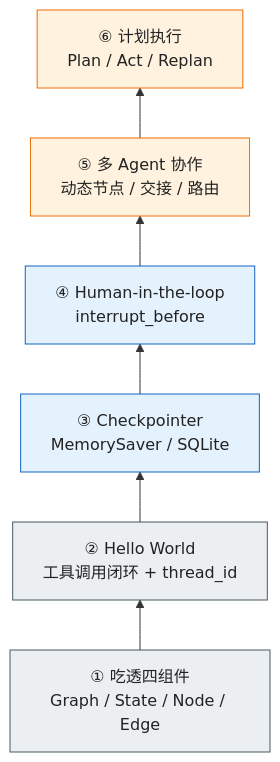
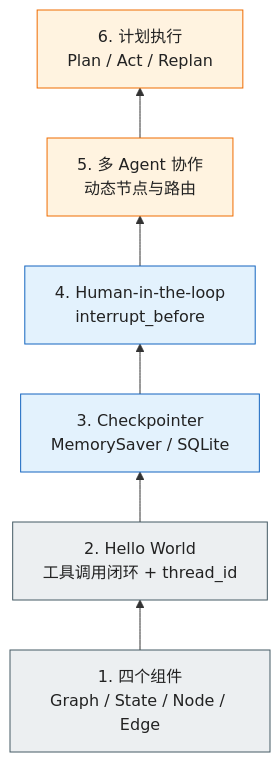
Before and after one commit to KwanWaiPang/KwanWaiPang.github.io: the seventh of 7 diagrams in _posts/2026-07-15-langgraph.md, drawn with Mermaid. The commit also changed other lines of this file, not shown here.

First line of the commit message:
修复 LangGraph 博文图1渲染，并收敛表述与课程覆盖

```diff
--- a/_posts/2026-07-15-langgraph.md
+++ b/_posts/2026-07-15-langgraph.md
@@ -447,16 +470,16 @@
 <div class="mermaid" style="display: flex; justify-content: center; width: 100%; margin: 0 auto;">
 flowchart BT
-    classDef base fill:#ECEFF1,stroke:#455A64,color:#222
-    classDef mid fill:#E3F2FD,stroke:#1565C0,color:#222
-    classDef adv fill:#FFF3E0,stroke:#EF6C00,color:#222
+    classDef baseCls fill:#ECEFF1,stroke:#455A64,color:#222
+    classDef midCls fill:#E3F2FD,stroke:#1565C0,color:#222
+    classDef advCls fill:#FFF3E0,stroke:#EF6C00,color:#222
 
-    P1["① 吃透四组件<br/>Graph / State / Node / Edge"] --> P2["② Hello World<br/>工具调用闭环 + thread_id"]
-    P2 --> P3["③ Checkpointer<br/>MemorySaver / SQLite"]
-    P3 --> P4["④ Human-in-the-loop<br/>interrupt_before"]
-    P4 --> P5["⑤ 多 Agent 协作<br/>动态节点 / 交接 / 路由"]
-    P5 --> P6["⑥ 计划执行<br/>Plan / Act / Replan"]
+    P1["1. 四个组件<br/>Graph / State / Node / Edge"] --> P2["2. Hello World<br/>工具调用闭环 + thread_id"]
+    P2 --> P3["3. Checkpointer<br/>MemorySaver / SQLite"]
+    P3 --> P4["4. Human-in-the-loop<br/>interrupt_before"]
+    P4 --> P5["5. 多 Agent 协作<br/>动态节点与路由"]
+    P5 --> P6["6. 计划执行<br/>Plan / Act / Replan"]
 
-    class P1,P2 base
-    class P3,P4 mid
-    class P5,P6 adv
+    class P1,P2 baseCls
+    class P3,P4 midCls
+    class P5,P6 advCls
 </div>
```
